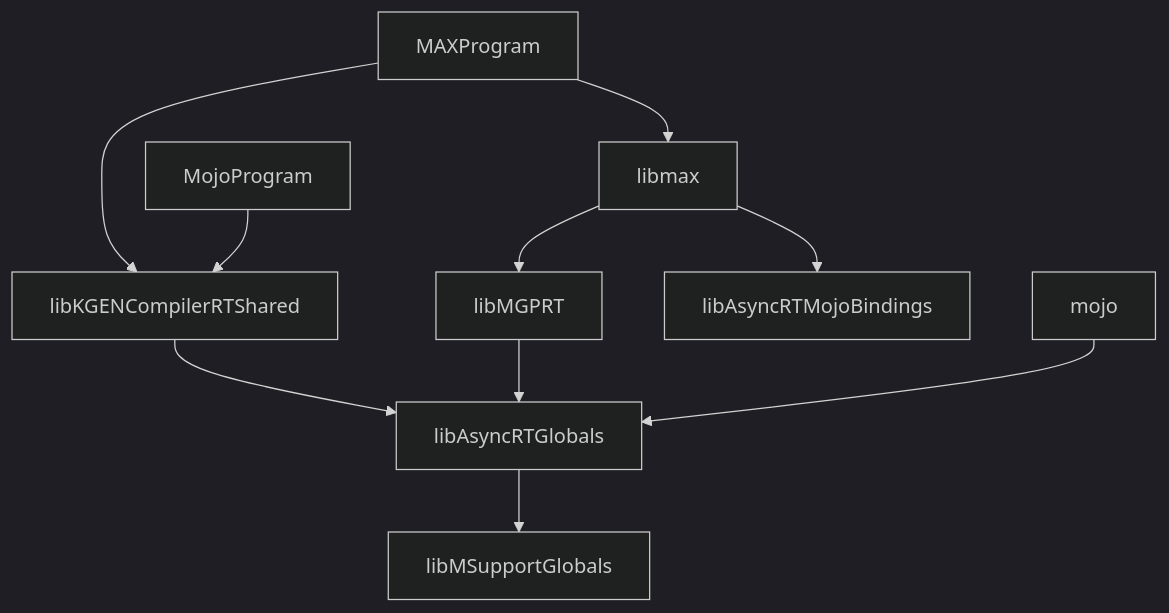
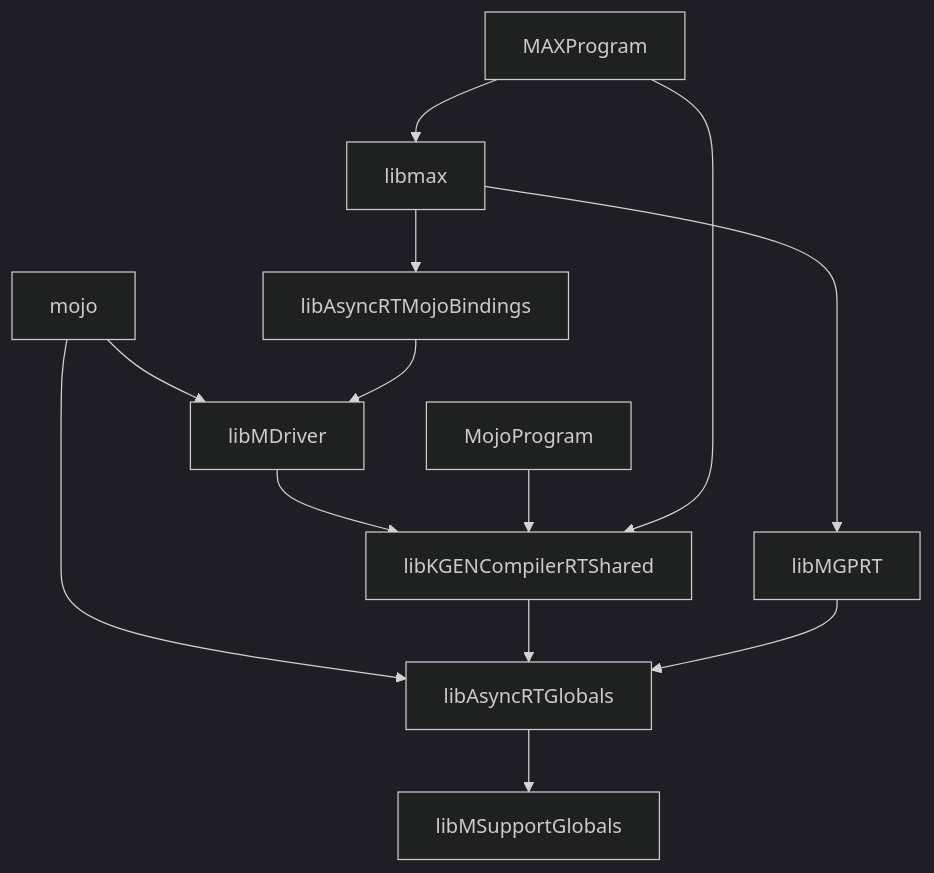
Before and after one commit to modular/modular: the diagram in bazel/docs/dynamic-linking.md, drawn with Mermaid (dark theme). The commit also changed other lines of this file and 30 other files, not shown here.

````diff
--- a/bazel/docs/dynamic-linking.md
+++ b/bazel/docs/dynamic-linking.md
@@ -54,20 +59,24 @@
 ```mermaid
 graph TD
     libAsyncRTGlobals
     libMSupportGlobals
     libKGENCompilerRTShared
     libAsyncRTMojoBindings
+    libMDriver
     libMGPRT
     libmax
     mojo
 
     mojo --> libAsyncRTGlobals
+    mojo --> libMDriver
     libAsyncRTGlobals --> libMSupportGlobals
     libKGENCompilerRTShared --> libAsyncRTGlobals
+    libMDriver --> libKGENCompilerRTShared
+    libAsyncRTMojoBindings --> libMDriver
     libmax --> libMGPRT
     libmax --> libAsyncRTMojoBindings
     libMGPRT --> libAsyncRTGlobals
     MojoProgram --> libKGENCompilerRTShared
     MAXProgram --> libKGENCompilerRTShared
     MAXProgram --> libmax
 ```
````
